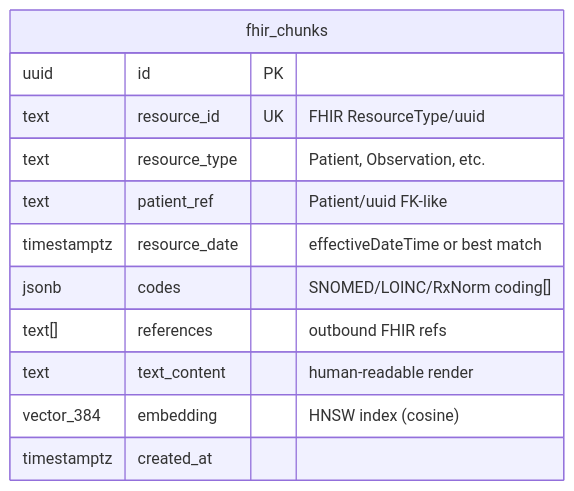
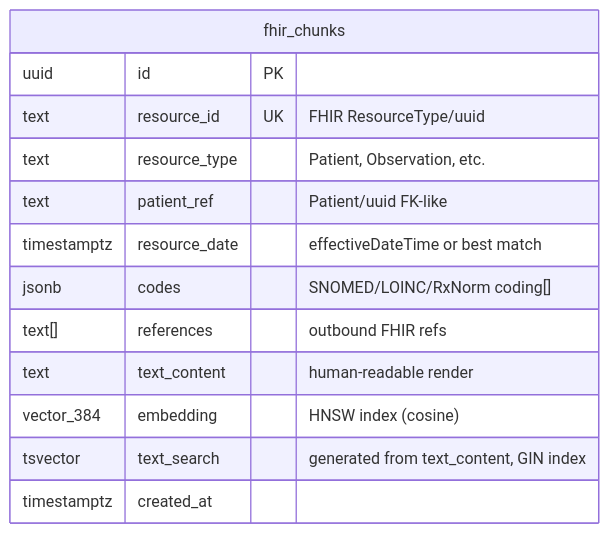
Before and after one commit to budityw23/fhir-rag: the sixth of 7 diagrams in README.md, drawn with Mermaid. The commit also changed other lines of this file, not shown here.

````diff
--- a/README.md
+++ b/README.md
@@ -172,15 +174,16 @@
 ```mermaid
 erDiagram
     fhir_chunks {
         uuid        id             PK
         text        resource_id    UK "FHIR ResourceType/uuid"
         text        resource_type  "Patient, Observation, etc."
         text        patient_ref    "Patient/uuid FK-like"
         timestamptz resource_date  "effectiveDateTime or best match"
         jsonb       codes          "SNOMED/LOINC/RxNorm coding[]"
         text[]      references     "outbound FHIR refs"
         text        text_content   "human-readable render"
         vector_384  embedding      "HNSW index (cosine)"
+        tsvector    text_search    "generated from text_content, GIN index"
         timestamptz created_at
     }
 ```
````
